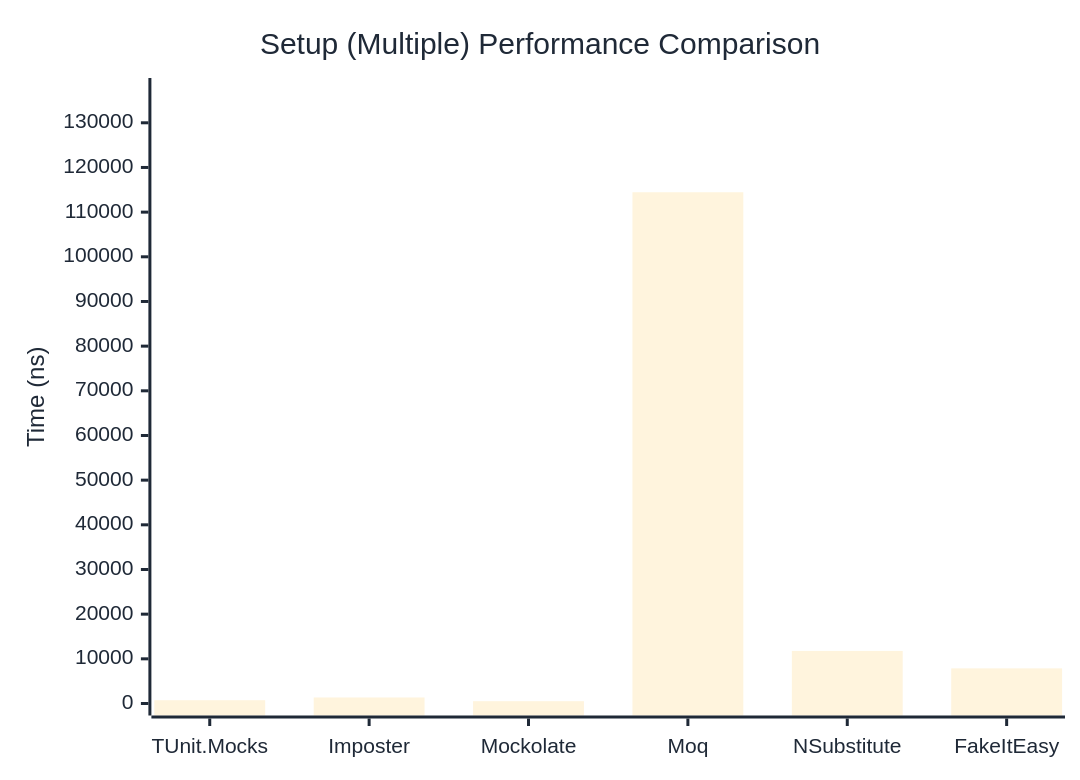
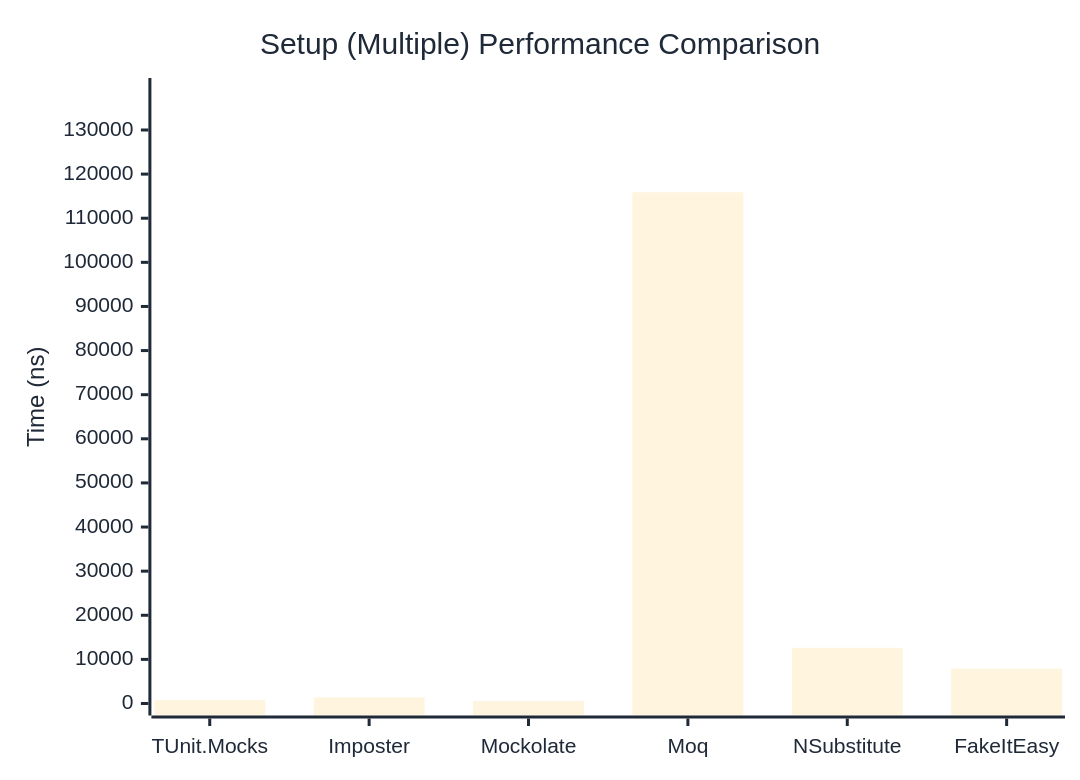
Before and after one commit to thomhurst/TUnit: the second of 2 diagrams in docs/docs/benchmarks/mocks/Setup.md, drawn with Mermaid. The commit also changed other lines of this file and 14 other files, not shown here.

````diff
--- a/docs/docs/benchmarks/mocks/Setup.md
+++ b/docs/docs/benchmarks/mocks/Setup.md
@@ -71,27 +71,27 @@
 ```mermaid
 %%{init: {
   'theme':'base',
   'themeVariables': {
     'primaryColor': '#2563eb',
     'primaryTextColor': '#1f2937',
     'primaryBorderColor': '#1e40af',
     'lineColor': '#6b7280',
     'secondaryColor': '#7c3aed',
     'tertiaryColor': '#dc2626',
     'background': '#ffffff',
     'pie1': '#2563eb',
     'pie2': '#7c3aed',
     'pie3': '#dc2626',
     'pie4': '#f59e0b',
     'pie5': '#10b981',
     'pie6': '#06b6d4',
     'pie7': '#ec4899',
     'pie8': '#6366f1'
   }
 }}%%
 xychart-beta
   title "Setup (Multiple) Performance Comparison"
   x-axis ["TUnit.Mocks", "Imposter", "Mockolate", "Moq", "NSubstitute", "FakeItEasy"]
-  y-axis "Time (ns)" 0 --> 137341
-  bar [732, 1349.3, 518.9, 114450.2, 11770.2, 7865.7]
+  y-axis "Time (ns)" 0 --> 139066
+  bar [758.5, 1368.7, 550.4, 115888.2, 12628.8, 7910.5]
 ```
````
